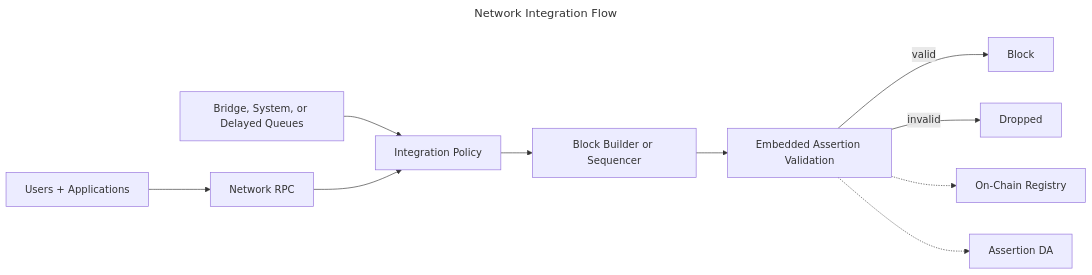
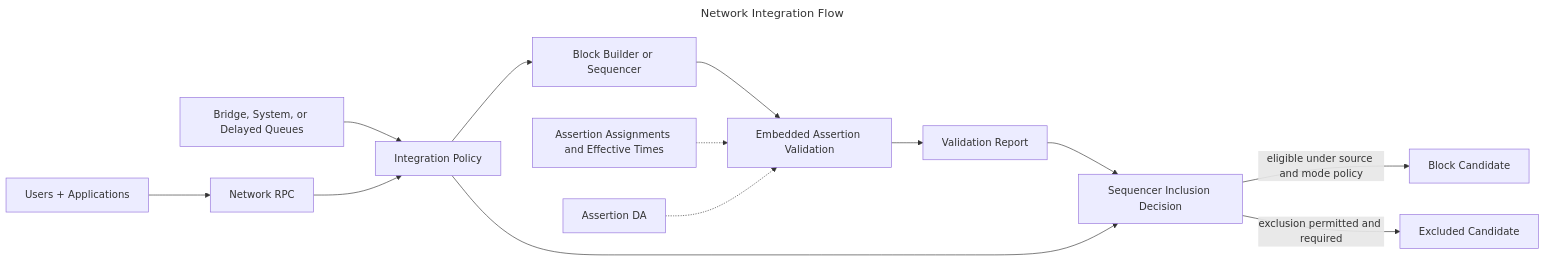
Before and after one commit to phylaxsystems/phylax-docs: the diagram in credible/l2-integrations/network-integration.mdx, drawn with Mermaid. The commit also changed other lines of this file and 49 other files, not shown here.

````diff
--- a/credible/l2-integrations/network-integration.mdx
+++ b/credible/l2-integrations/network-integration.mdx
@@ -18,15 +18,18 @@
 ```mermaid
 ---
 title: Network Integration Flow
 ---
 flowchart LR
   Users[Users + Applications] --> RPC[Network RPC]
   System[Bridge, System, or Delayed Queues] --> Policy[Integration Policy]
   RPC --> Policy
   Policy --> Builder[Block Builder or Sequencer]
   Builder --> Enforcer[Embedded Assertion Validation]
-  Enforcer -->|valid| Block[Block]
-  Enforcer -->|invalid| Drop[Dropped]
-  Enforcer -.-> Registry[On-Chain Registry]
-  Enforcer -.-> DA[Assertion DA]
+  Enforcer --> Report[Validation Report]
+  Report --> Decision[Sequencer Inclusion Decision]
+  Policy --> Decision
+  Decision -->|eligible under source and mode policy| Block[Block Candidate]
+  Decision -->|exclusion permitted and required| Drop[Excluded Candidate]
+  State[Assertion Assignments and Effective Times] -.-> Enforcer
+  DA[Assertion DA] -.-> Enforcer
 ```
````
